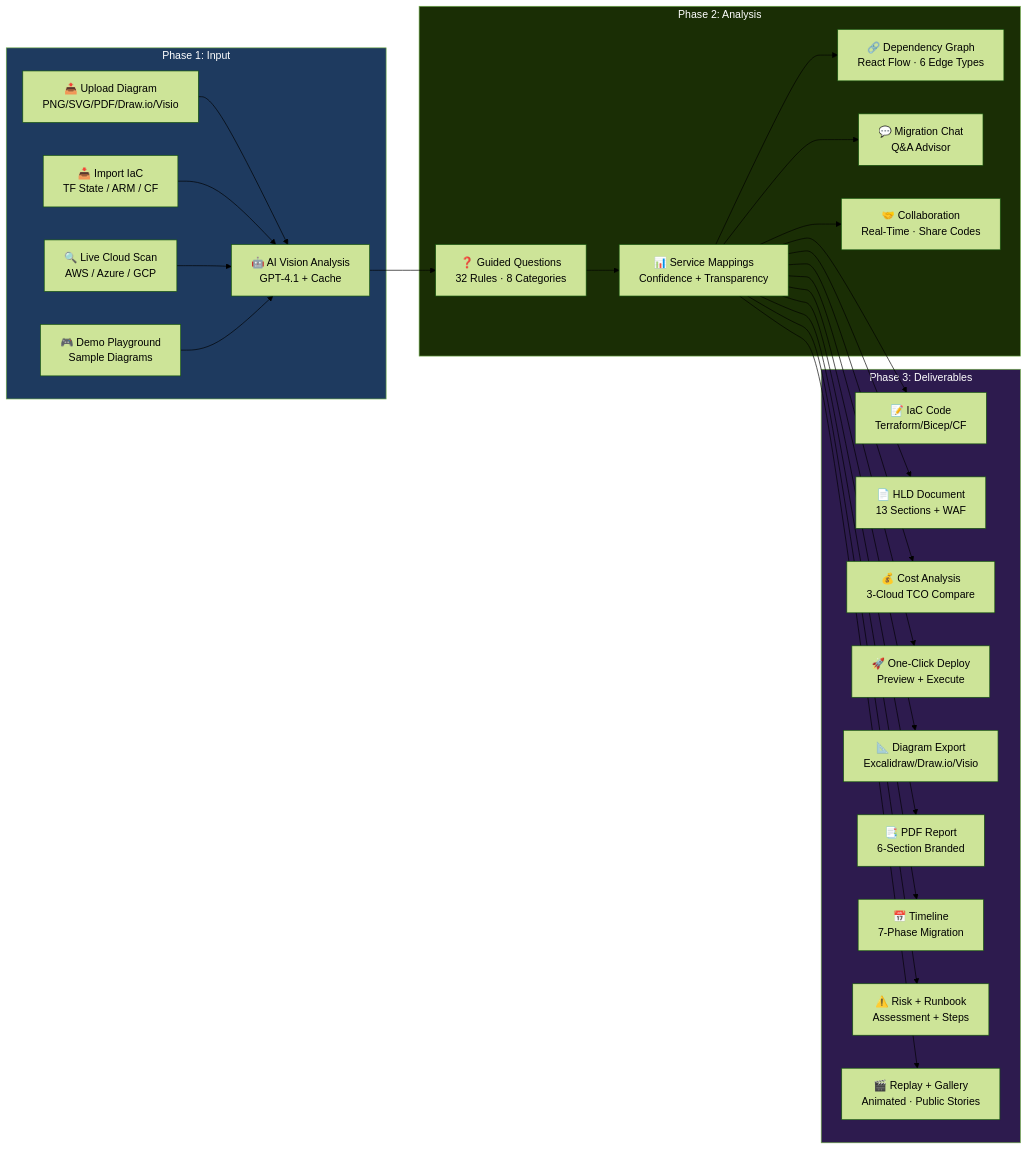
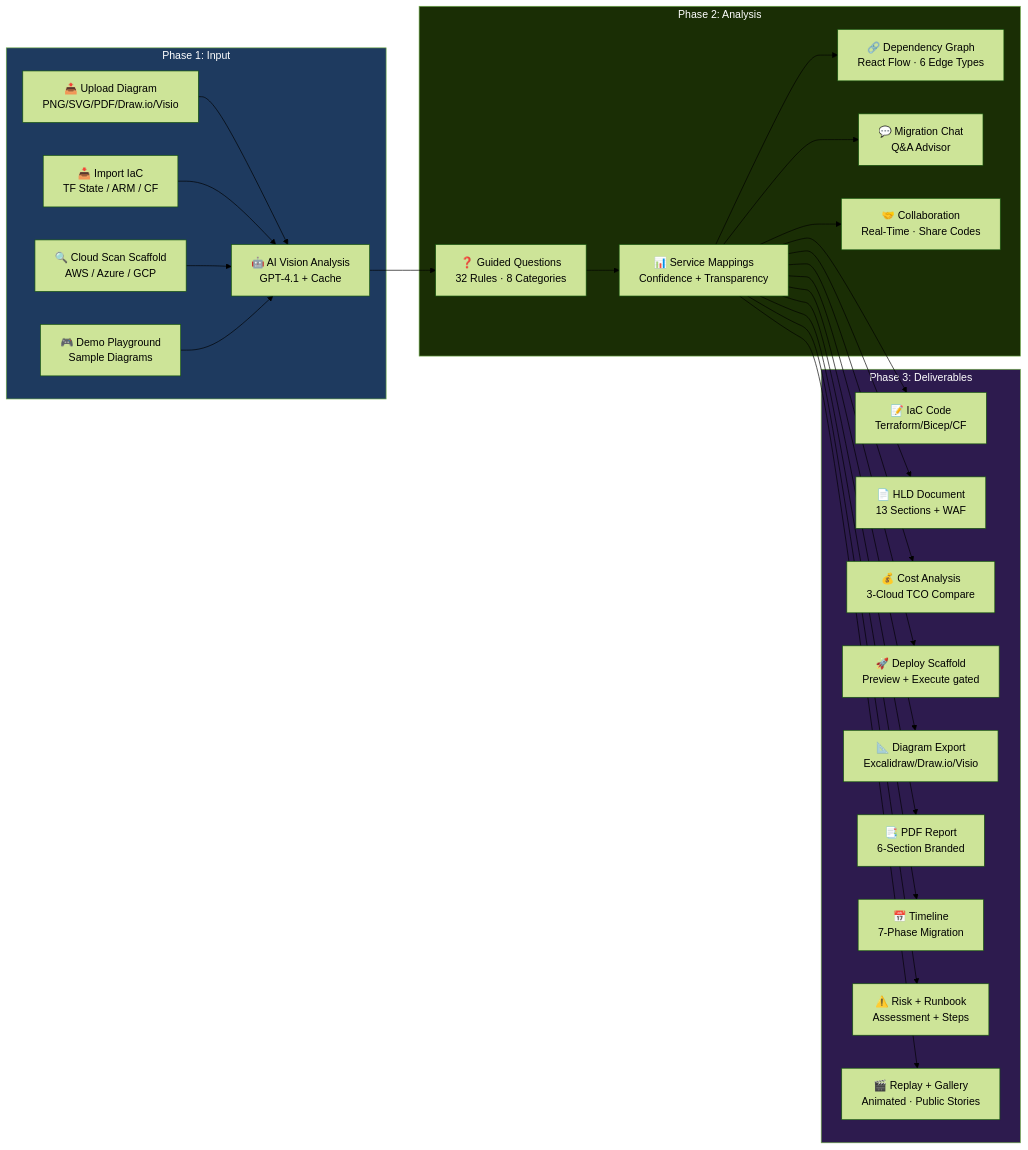
Before and after one commit to idokatz86/Archmorph: the second of 2 diagrams in README.md, drawn with Mermaid (forest theme). The commit also changed other lines of this file and 6 other files, not shown here.

Commit message:
Refresh release documentation and diagrams

````diff
--- a/README.md
+++ b/README.md
@@ -323,52 +323,52 @@
 ```mermaid
 flowchart LR
     subgraph Input["Phase 1: Input"]
         A1[📤 Upload Diagram<br/>PNG/SVG/PDF/Draw.io/Visio]
         A2[📥 Import IaC<br/>TF State / ARM / CF]
-        A3[🔍 Live Cloud Scan<br/>AWS / Azure / GCP]
+        A3[🔍 Cloud Scan Scaffold<br/>AWS / Azure / GCP]
         A4[🎮 Demo Playground<br/>Sample Diagrams]
         A5[🤖 AI Vision Analysis<br/>GPT-4.1 + Cache]
     end
     
     subgraph Analysis["Phase 2: Analysis"]
         B1[❓ Guided Questions<br/>32 Rules · 8 Categories]
         B2[📊 Service Mappings<br/>Confidence + Transparency]
         B3[🔗 Dependency Graph<br/>React Flow · 6 Edge Types]
         B4[💬 Migration Chat<br/>Q&A Advisor]
         B5[🤝 Collaboration<br/>Real-Time · Share Codes]
     end
     
     subgraph Deliverables["Phase 3: Deliverables"]
         C1[📝 IaC Code<br/>Terraform/Bicep/CF]
         C2[📄 HLD Document<br/>13 Sections + WAF]
         C3[💰 Cost Analysis<br/>3-Cloud TCO Compare]
-        C4[🚀 One-Click Deploy<br/>Preview + Execute]
+        C4[🚀 Deploy Scaffold<br/>Preview + Execute gated]
         C5[📐 Diagram Export<br/>Excalidraw/Draw.io/Visio]
         C6[📑 PDF Report<br/>6-Section Branded]
         C7[📅 Timeline<br/>7-Phase Migration]
         C8[⚠️ Risk + Runbook<br/>Assessment + Steps]
         C9[🎬 Replay + Gallery<br/>Animated · Public Stories]
     end
     
     A1 --> A5
     A2 --> A5
     A3 --> A5
     A4 --> A5
     A5 --> B1 --> B2
     B2 --> B3
     B2 --> B4
     B2 --> B5
     B2 --> C1
     B2 --> C2
     B2 --> C3
     B2 --> C4
     B2 --> C5
     B2 --> C6
     B2 --> C7
     B2 --> C8
     B2 --> C9
     
     style Input fill:#1e3a5f,color:#fff
     style Analysis fill:#1a2e05,color:#fff
     style Deliverables fill:#2d1b4e,color:#fff
 ```
````
